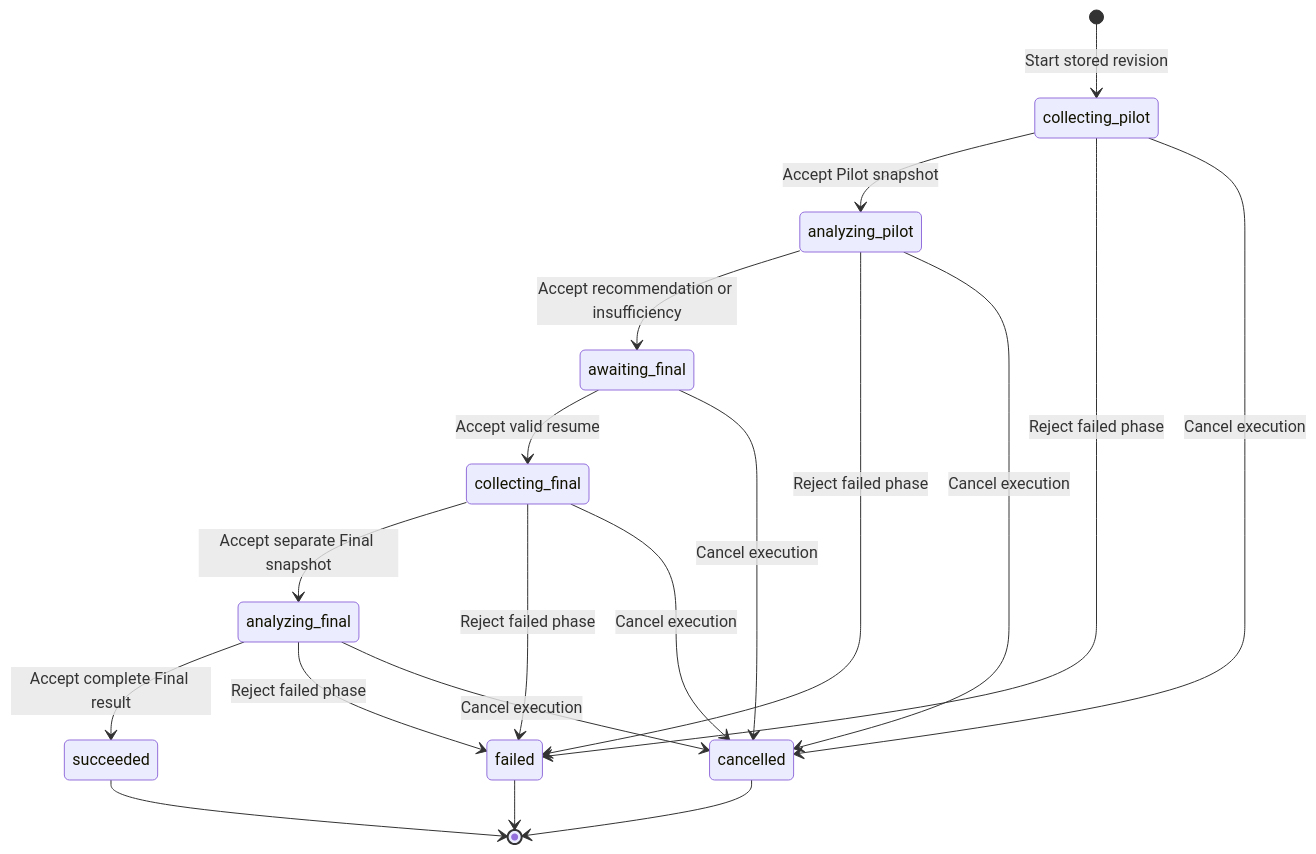
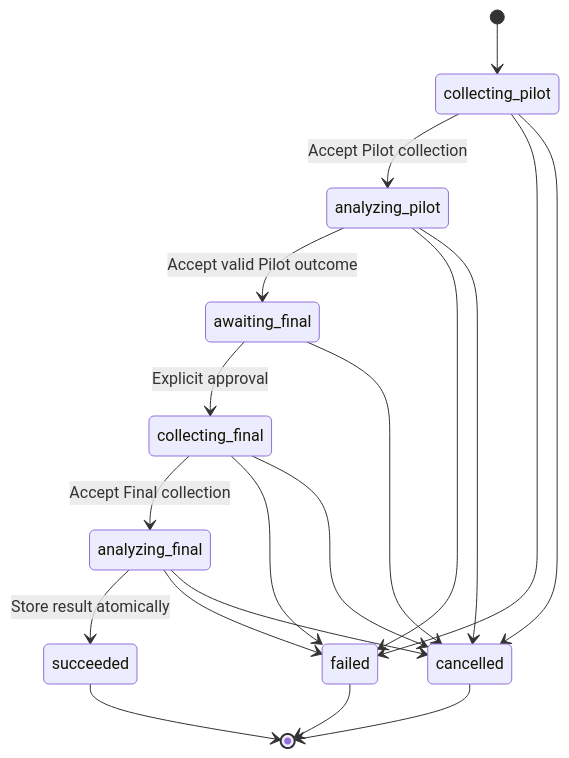
The second of 2 diagrams in docs/concepts/evaluation-study-overview.md (michalo1334/master_thesis), drawn with Mermaid before and after one commit. The commit also changed other lines of this file and 41 other files, not shown here.

````diff
--- a/docs/concepts/evaluation-study-overview.md
+++ b/docs/concepts/evaluation-study-overview.md
@@ -96,21 +131,21 @@
 ```mermaid
 stateDiagram-v2
-    [*] --> collecting_pilot: Start stored revision
-    collecting_pilot --> analyzing_pilot: Accept Pilot snapshot
-    analyzing_pilot --> awaiting_final: Accept recommendation or insufficiency
-    awaiting_final --> collecting_final: Accept valid resume
-    collecting_final --> analyzing_final: Accept separate Final snapshot
-    analyzing_final --> succeeded: Accept complete Final result
-    collecting_pilot --> failed: Reject failed phase
-    analyzing_pilot --> failed: Reject failed phase
-    collecting_final --> failed: Reject failed phase
-    analyzing_final --> failed: Reject failed phase
-    collecting_pilot --> cancelled: Cancel execution
-    analyzing_pilot --> cancelled: Cancel execution
-    awaiting_final --> cancelled: Cancel execution
-    collecting_final --> cancelled: Cancel execution
-    analyzing_final --> cancelled: Cancel execution
+    [*] --> collecting_pilot
+    collecting_pilot --> analyzing_pilot: Accept Pilot collection
+    analyzing_pilot --> awaiting_final: Accept valid Pilot outcome
+    awaiting_final --> collecting_final: Explicit approval
+    collecting_final --> analyzing_final: Accept Final collection
+    analyzing_final --> succeeded: Store result atomically
+    collecting_pilot --> failed
+    analyzing_pilot --> failed
+    collecting_final --> failed
+    analyzing_final --> failed
+    collecting_pilot --> cancelled
+    analyzing_pilot --> cancelled
+    awaiting_final --> cancelled
+    collecting_final --> cancelled
+    analyzing_final --> cancelled
     succeeded --> [*]
     failed --> [*]
     cancelled --> [*]
 ```
````
